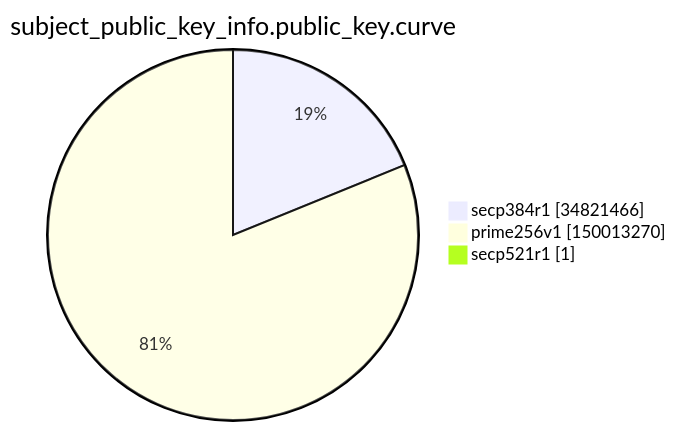
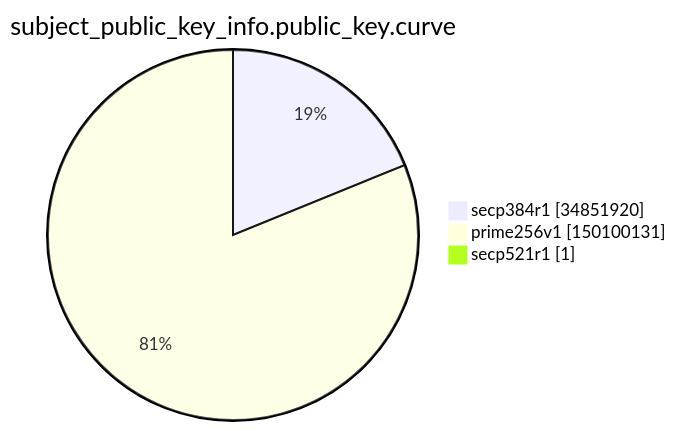
The ninth of 15 diagrams in argon2022/README.md (christiankrug/ctmonitor_visualization), drawn with Mermaid before and after one commit. The commit also changed other lines of this file, not shown here.

````diff
--- a/argon2022/README.md
+++ b/argon2022/README.md
@@ -2765,7 +2765,7 @@
 ```mermaid
 pie showData
 title subject_public_key_info.public_key.curve
-"secp384r1" :34821466
-"prime256v1" :150013270
+"secp384r1" :34851920
+"prime256v1" :150100131
 "secp521r1" :1
 ```
````
